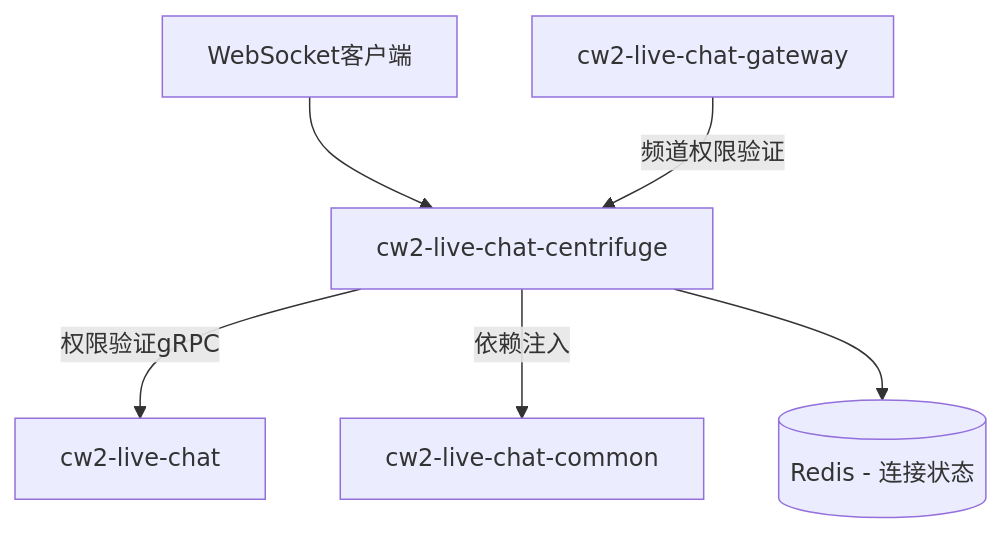
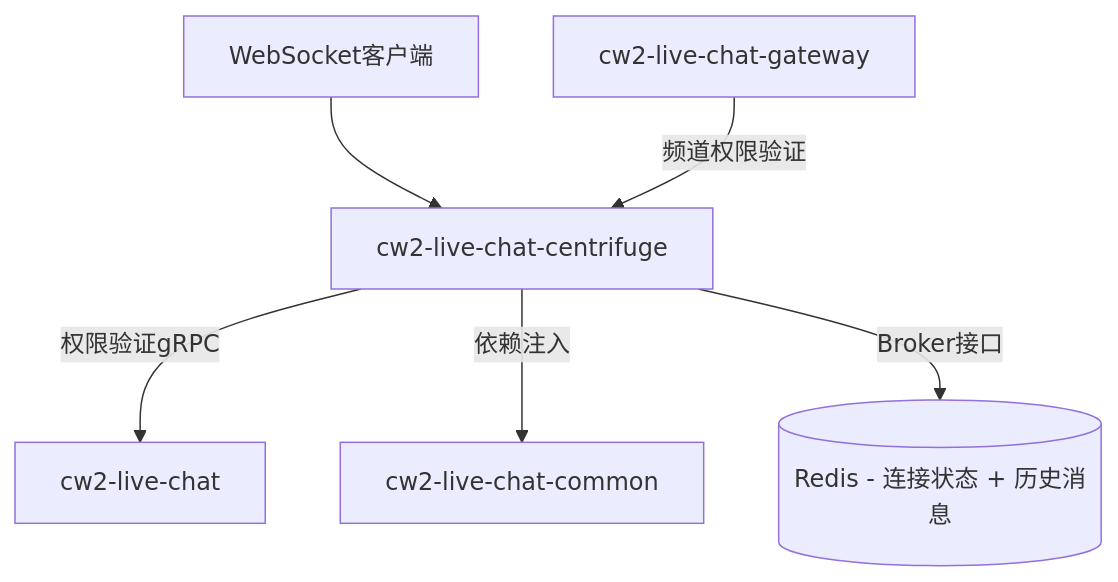
One commit to centrifugal/centrifuge changed the first of 2 diagrams in CLAUDE.md. Above: the diagram before and after it, drawn with Mermaid. The commit also changed other lines of this file, not shown here.

First line of the commit message:
[Docs]: update CLAUDE.md with enhanced architecture documentation

````diff
--- a/CLAUDE.md
+++ b/CLAUDE.md
@@ -37,8 +39,8 @@
 ```mermaid
 graph TB
     Client[WebSocket客户端] --> Centrifuge[cw2-live-chat-centrifuge]
     Centrifuge --> |权限验证gRPC| LiveChat[cw2-live-chat]
     Centrifuge --> |依赖注入| Common[cw2-live-chat-common]
     Gateway[cw2-live-chat-gateway] --> |频道权限验证| Centrifuge
-    Centrifuge --> Redis[(Redis - 连接状态)]
+    Centrifuge --> |Broker接口| Redis[(Redis - 连接状态 + 历史消息)]
 ```
````
